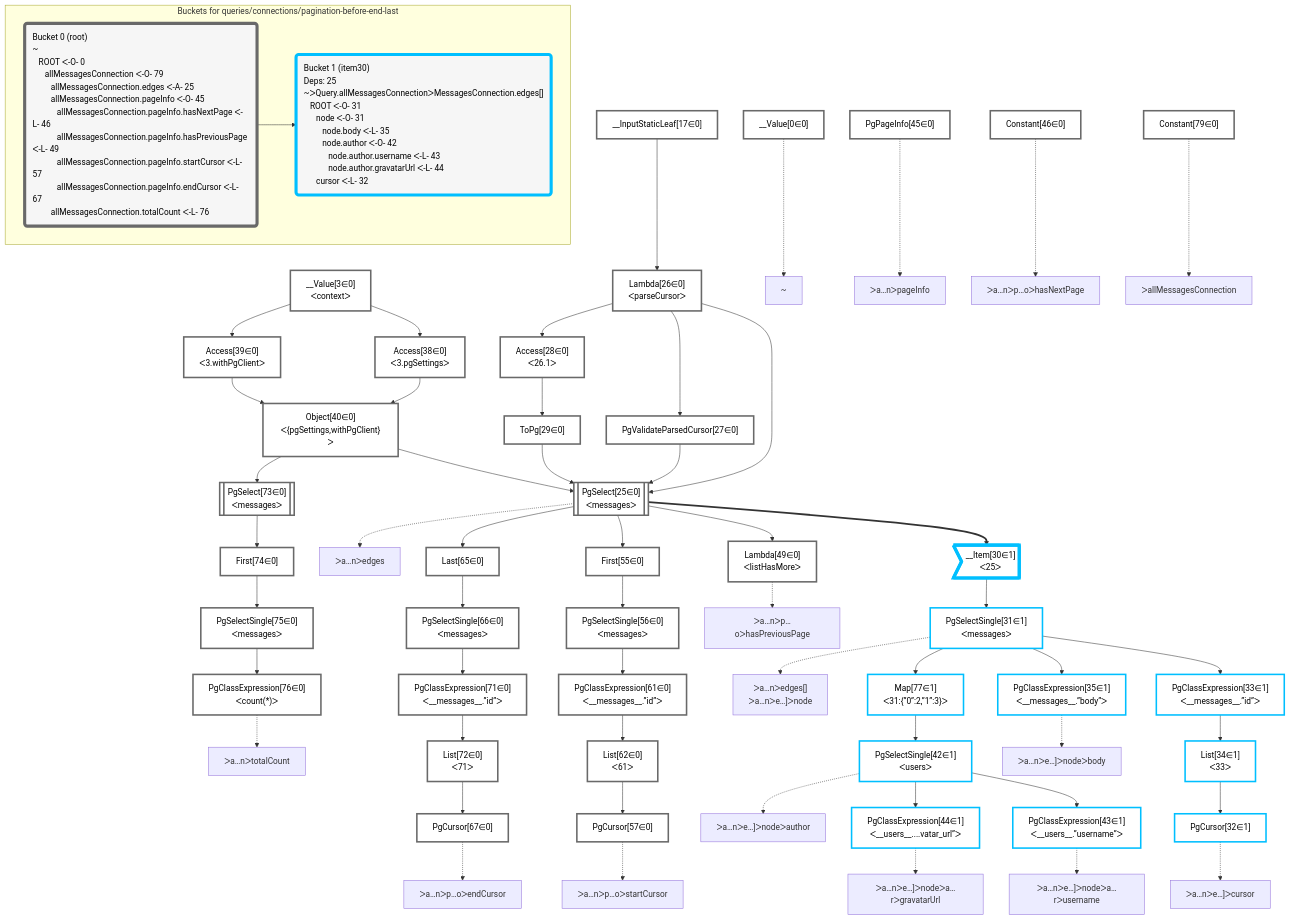
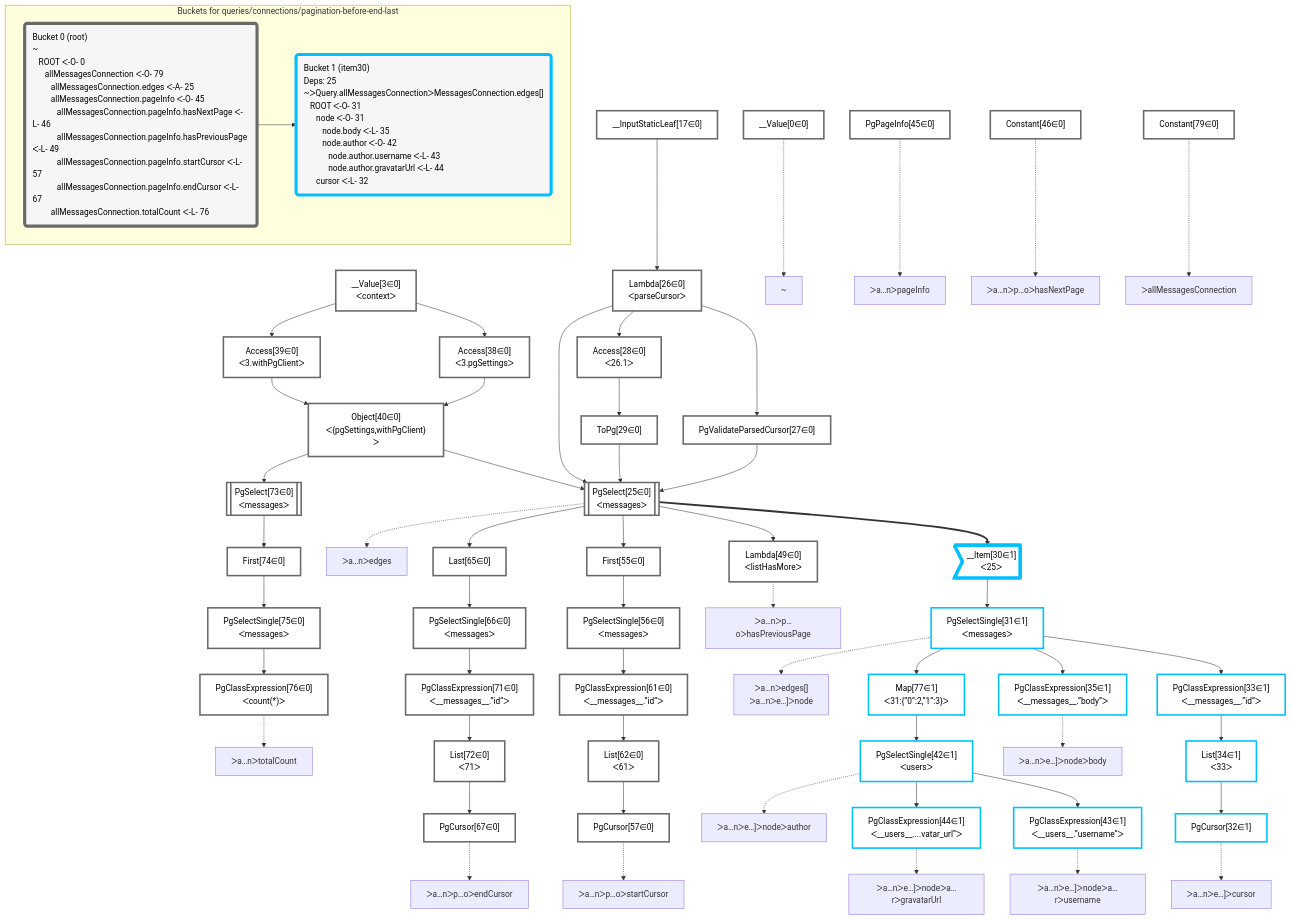
One commit to graphile/crystal changed the diagram in packages/dataplan-pg/__tests__/queries/connections/pagination-before-end-last.mermaid.md. Above: the diagram before and after it, drawn with Mermaid. The commit also changed other lines of this file and 195 other files, not shown here.

Commit message:
Reorder graphs

```diff
--- a/packages/dataplan-pg/__tests__/queries/connections/pagination-before-end-last.mermaid.md
+++ b/packages/dataplan-pg/__tests__/queries/connections/pagination-before-end-last.mermaid.md
@@ -9,79 +9,79 @@
 
     %% define plans
     __Value0["__Value[0∈0]"]:::plan
+    __Value3["__Value[3∈0]<br />ᐸcontextᐳ"]:::plan
+    __InputStaticLeaf17["__InputStaticLeaf[17∈0]"]:::plan
+    Access38["Access[38∈0]<br />ᐸ3.pgSettingsᐳ"]:::plan
+    Access39["Access[39∈0]<br />ᐸ3.withPgClientᐳ"]:::plan
+    Object40["Object[40∈0]<br />ᐸ{pgSettings,withPgClient}ᐳ"]:::plan
+    Constant79["Constant[79∈0]"]:::plan
+    Lambda26["Lambda[26∈0]<br />ᐸparseCursorᐳ"]:::plan
+    PgValidateParsedCursor27["PgValidateParsedCursor[27∈0]"]:::plan
+    Access28["Access[28∈0]<br />ᐸ26.1ᐳ"]:::plan
+    ToPg29["ToPg[29∈0]"]:::plan
+    PgSelect25[["PgSelect[25∈0]<br />ᐸmessagesᐳ"]]:::plan
+    __Item30>"__Item[30∈1]<br />ᐸ25ᐳ"]:::itemplan
+    PgSelectSingle31["PgSelectSingle[31∈1]<br />ᐸmessagesᐳ"]:::plan
+    PgClassExpression33["PgClassExpression[33∈1]<br />ᐸ__messages__.”id”ᐳ"]:::plan
+    List34["List[34∈1]<br />ᐸ33ᐳ"]:::plan
     PgCursor32["PgCursor[32∈1]"]:::plan
-    List34["List[34∈1]<br />ᐸ33ᐳ"]:::plan
-    PgClassExpression33["PgClassExpression[33∈1]<br />ᐸ__messages__.”id”ᐳ"]:::plan
     PgClassExpression35["PgClassExpression[35∈1]<br />ᐸ__messages__.”body”ᐳ"]:::plan
+    Map77["Map[77∈1]<br />ᐸ31:{”0”:2,”1”:3}ᐳ"]:::plan
+    PgSelectSingle42["PgSelectSingle[42∈1]<br />ᐸusersᐳ"]:::plan
     PgClassExpression43["PgClassExpression[43∈1]<br />ᐸ__users__.”username”ᐳ"]:::plan
     PgClassExpression44["PgClassExpression[44∈1]<br />ᐸ__users__....vatar_url”ᐳ"]:::plan
-    PgSelectSingle42["PgSelectSingle[42∈1]<br />ᐸusersᐳ"]:::plan
-    Map77["Map[77∈1]<br />ᐸ31:{”0”:2,”1”:3}ᐳ"]:::plan
-    PgSelectSingle31["PgSelectSingle[31∈1]<br />ᐸmessagesᐳ"]:::plan
-    __Item30>"__Item[30∈1]<br />ᐸ25ᐳ"]:::itemplan
-    Lambda49["Lambda[49∈0]<br />ᐸlistHasMoreᐳ"]:::plan
-    PgCursor57["PgCursor[57∈0]"]:::plan
-    List62["List[62∈0]<br />ᐸ61ᐳ"]:::plan
-    PgClassExpression61["PgClassExpression[61∈0]<br />ᐸ__messages__.”id”ᐳ"]:::plan
-    PgSelectSingle56["PgSelectSingle[56∈0]<br />ᐸmessagesᐳ"]:::plan
-    First55["First[55∈0]"]:::plan
-    PgCursor67["PgCursor[67∈0]"]:::plan
-    List72["List[72∈0]<br />ᐸ71ᐳ"]:::plan
-    PgClassExpression71["PgClassExpression[71∈0]<br />ᐸ__messages__.”id”ᐳ"]:::plan
-    PgSelectSingle66["PgSelectSingle[66∈0]<br />ᐸmessagesᐳ"]:::plan
-    Last65["Last[65∈0]"]:::plan
-    PgSelect25[["PgSelect[25∈0]<br />ᐸmessagesᐳ"]]:::plan
-    PgClassExpression76["PgClassExpression[76∈0]<br />ᐸcount(*)ᐳ"]:::plan
-    PgSelectSingle75["PgSelectSingle[75∈0]<br />ᐸmessagesᐳ"]:::plan
-    First74["First[74∈0]"]:::plan
-    PgSelect73[["PgSelect[73∈0]<br />ᐸmessagesᐳ"]]:::plan
-    Object40["Object[40∈0]<br />ᐸ{pgSettings,withPgClient}ᐳ"]:::plan
-    Access38["Access[38∈0]<br />ᐸ3.pgSettingsᐳ"]:::plan
-    Access39["Access[39∈0]<br />ᐸ3.withPgClientᐳ"]:::plan
-    __Value3["__Value[3∈0]<br />ᐸcontextᐳ"]:::plan
-    PgValidateParsedCursor27["PgValidateParsedCursor[27∈0]"]:::plan
-    ToPg29["ToPg[29∈0]"]:::plan
-    Access28["Access[28∈0]<br />ᐸ26.1ᐳ"]:::plan
-    Lambda26["Lambda[26∈0]<br />ᐸparseCursorᐳ"]:::plan
-    __InputStaticLeaf17["__InputStaticLeaf[17∈0]"]:::plan
-    Constant79["Constant[79∈0]"]:::plan
     PgPageInfo45["PgPageInfo[45∈0]"]:::plan
     Constant46["Constant[46∈0]"]:::plan
+    Lambda49["Lambda[49∈0]<br />ᐸlistHasMoreᐳ"]:::plan
+    First55["First[55∈0]"]:::plan
+    PgSelectSingle56["PgSelectSingle[56∈0]<br />ᐸmessagesᐳ"]:::plan
+    PgClassExpression61["PgClassExpression[61∈0]<br />ᐸ__messages__.”id”ᐳ"]:::plan
+    List62["List[62∈0]<br />ᐸ61ᐳ"]:::plan
+    PgCursor57["PgCursor[57∈0]"]:::plan
+    Last65["Last[65∈0]"]:::plan
+    PgSelectSingle66["PgSelectSingle[66∈0]<br />ᐸmessagesᐳ"]:::plan
+    PgClassExpression71["PgClassExpression[71∈0]<br />ᐸ__messages__.”id”ᐳ"]:::plan
+    List72["List[72∈0]<br />ᐸ71ᐳ"]:::plan
+    PgCursor67["PgCursor[67∈0]"]:::plan
+    PgSelect73[["PgSelect[73∈0]<br />ᐸmessagesᐳ"]]:::plan
+    First74["First[74∈0]"]:::plan
+    PgSelectSingle75["PgSelectSingle[75∈0]<br />ᐸmessagesᐳ"]:::plan
+    PgClassExpression76["PgClassExpression[76∈0]<br />ᐸcount(*)ᐳ"]:::plan
 
     %% plan dependencies
+    __Value3 --> Access38
+    __Value3 --> Access39
+    Access38 & Access39 --> Object40
+    __InputStaticLeaf17 --> Lambda26
+    Lambda26 --> PgValidateParsedCursor27
+    Lambda26 --> Access28
+    Access28 --> ToPg29
+    Object40 & Lambda26 & PgValidateParsedCursor27 & ToPg29 --> PgSelect25
+    PgSelect25 ==> __Item30
+    __Item30 --> PgSelectSingle31
+    PgSelectSingle31 --> PgClassExpression33
+    PgClassExpression33 --> List34
     List34 --> PgCursor32
-    PgClassExpression33 --> List34
-    PgSelectSingle31 --> PgClassExpression33
     PgSelectSingle31 --> PgClassExpression35
+    PgSelectSingle31 --> Map77
+    Map77 --> PgSelectSingle42
     PgSelectSingle42 --> PgClassExpression43
     PgSelectSingle42 --> PgClassExpression44
-    Map77 --> PgSelectSingle42
-    PgSelectSingle31 --> Map77
-    __Item30 --> PgSelectSingle31
-    PgSelect25 ==> __Item30
     PgSelect25 --> Lambda49
+    PgSelect25 --> First55
+    First55 --> PgSelectSingle56
+    PgSelectSingle56 --> PgClassExpression61
+    PgClassExpression61 --> List62
     List62 --> PgCursor57
-    PgClassExpression61 --> List62
-    PgSelectSingle56 --> PgClassExpression61
-    First55 --> PgSelectSingle56
-    PgSelect25 --> First55
+    PgSelect25 --> Last65
+    Last65 --> PgSelectSingle66
+    PgSelectSingle66 --> PgClassExpression71
+    PgClassExpression71 --> List72
     List72 --> PgCursor67
-    PgClassExpression71 --> List72
-    PgSelectSingle66 --> PgClassExpression71
-    Last65 --> PgSelectSingle66
-    PgSelect25 --> Last65
-    Object40 & Lambda26 & PgValidateParsedCursor27 & ToPg29 --> PgSelect25
+    Object40 --> PgSelect73
+    PgSelect73 --> First74
+    First74 --> PgSelectSingle75
     PgSelectSingle75 --> PgClassExpression76
-    First74 --> PgSelectSingle75
-    PgSelect73 --> First74
-    Object40 --> PgSelect73
-    Access38 & Access39 --> Object40
-    __Value3 --> Access38
-    __Value3 --> Access39
-    Lambda26 --> PgValidateParsedCursor27
-    Access28 --> ToPg29
-    Lambda26 --> Access28
-    __InputStaticLeaf17 --> Lambda26
 
     %% plan-to-path relationships
     P0["~"]
```
